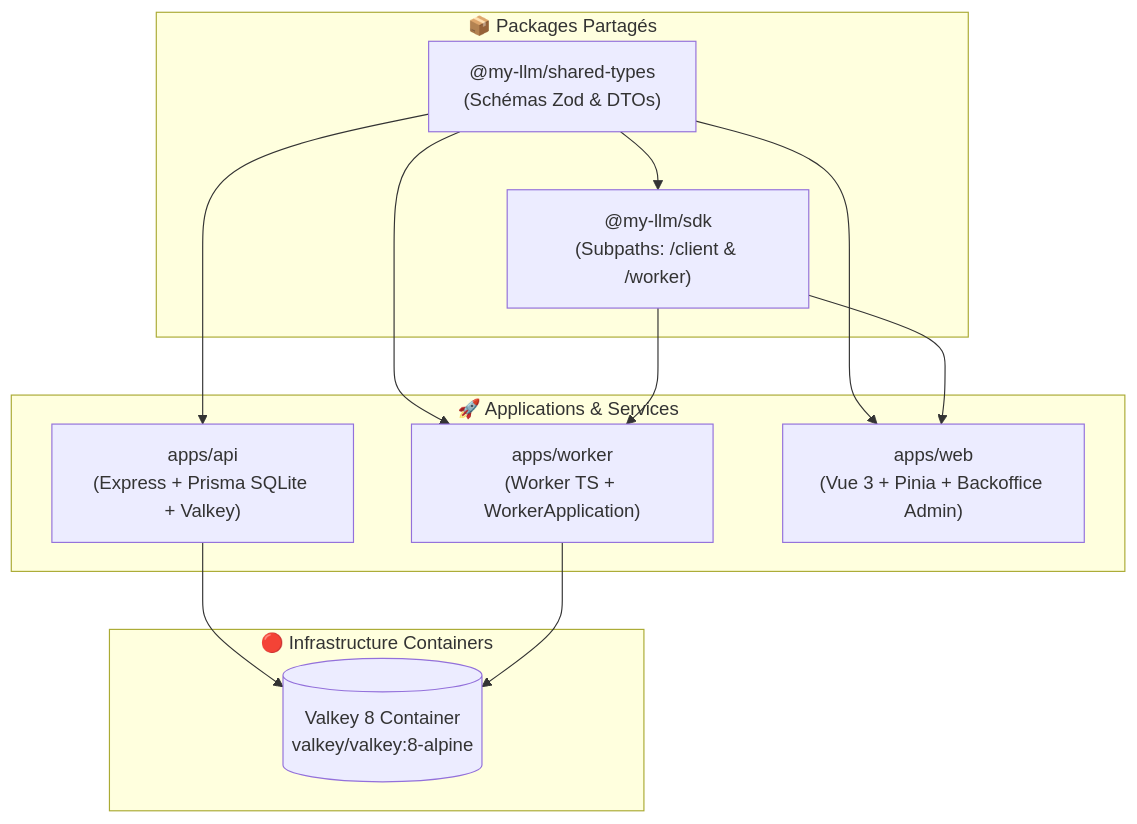
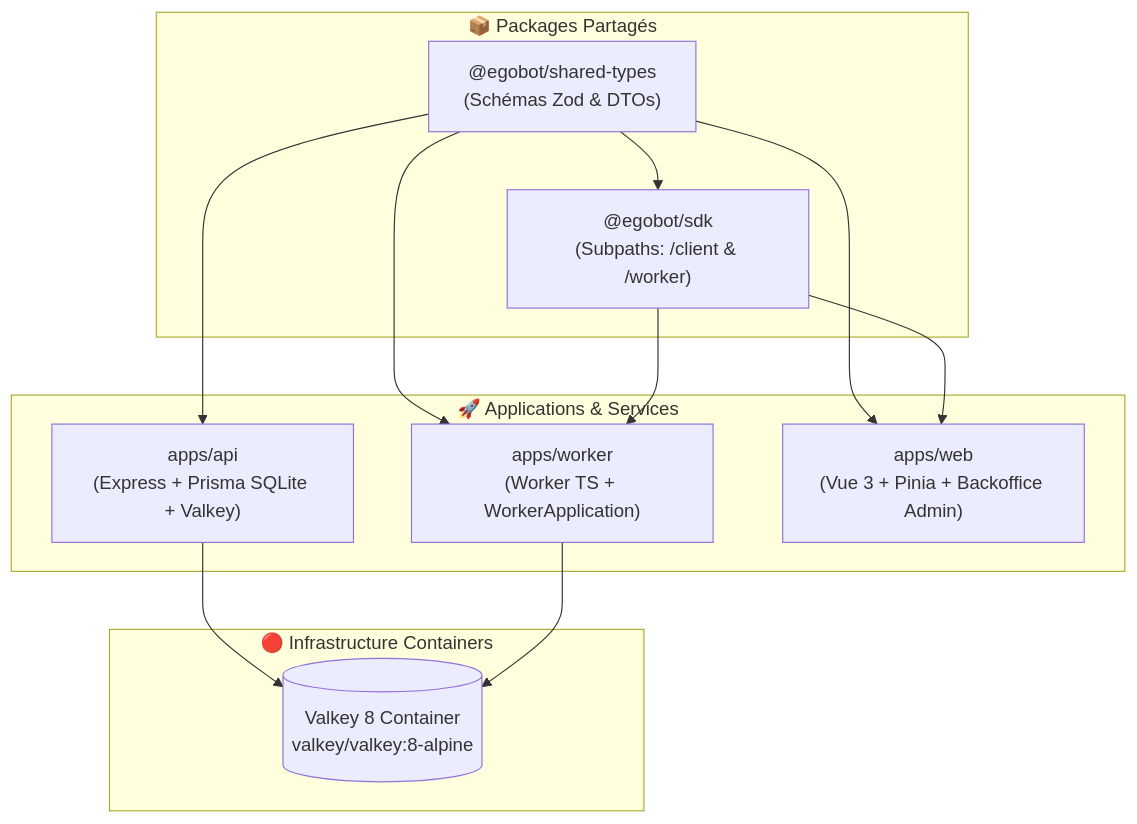
One commit to Q300Z/EgoBot changed the diagram in README.md. Above: the diagram before and after it, drawn with Mermaid. The commit also changed other lines of this file and 78 other files, not shown here.

````diff
--- a/README.md
+++ b/README.md
@@ -9,28 +9,28 @@
 ```mermaid
 graph TD
     subgraph Packages ["📦 Packages Partagés"]
-        ST["@my-llm/shared-types<br/>(Schémas Zod & DTOs)"]
-        SDK["@my-llm/sdk<br/>(Subpaths: /client & /worker)"]
+        ST["@egobot/shared-types<br/>(Schémas Zod & DTOs)"]
+        SDK["@egobot/sdk<br/>(Subpaths: /client & /worker)"]
     end
 
     subgraph Apps ["🚀 Applications & Services"]
         API["apps/api<br/>(Express + Prisma SQLite + Valkey)"]
         WORKER["apps/worker<br/>(Worker TS + WorkerApplication)"]
         WEB["apps/web<br/>(Vue 3 + Pinia + Backoffice Admin)"]
     end
 
     subgraph Infra ["🔴 Infrastructure Containers"]
         VALKEY[("Valkey 8 Container<br/>valkey/valkey:8-alpine")]
     end
 
     ST --> SDK
     ST --> API
     ST --> WORKER
     ST --> WEB
 
     SDK --> WEB
     SDK --> WORKER
 
     API --> VALKEY
     WORKER --> VALKEY
 ```
````
